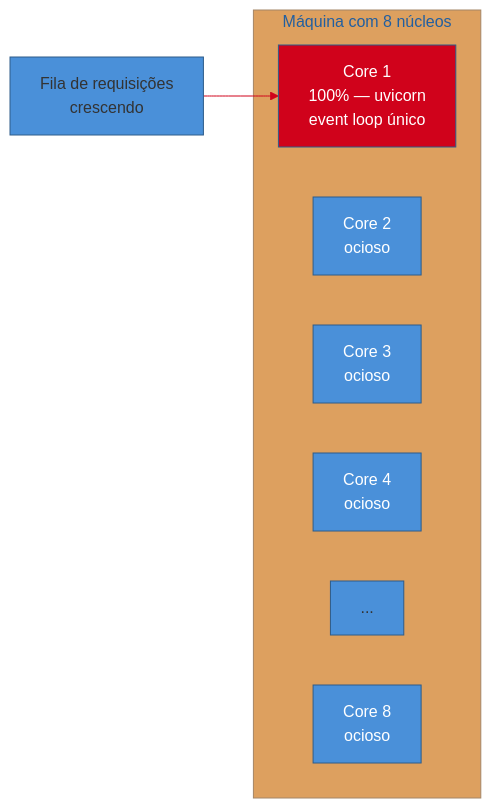
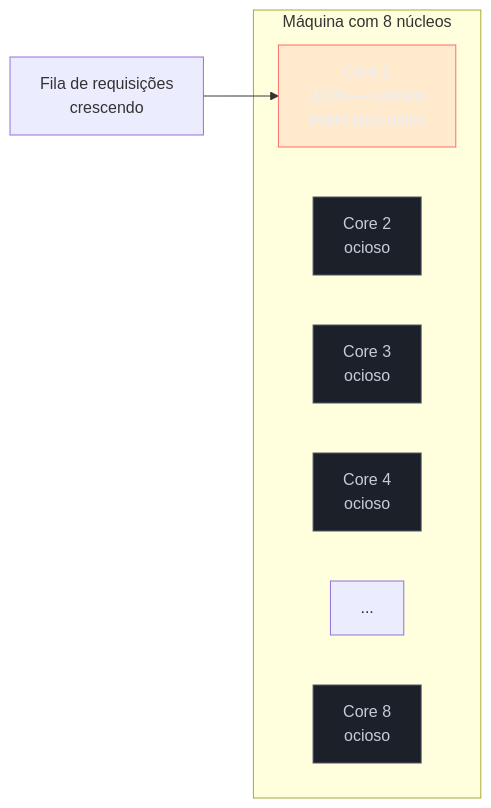
The first of 3 diagrams in 03-Dominios/Tecnologia/Python/Observabilidade e produção/04 - WSGI vs ASGI na prática — gunicorn e uvicorn.md (josenaldo/codex-technomanticus), drawn with Mermaid before and after one commit. The commit also changed other lines of this file and 1181 other files, not shown here.

First line of the commit message:
fix(diagramas): paleta do sistema no lugar de cor cravada no markdown

````diff
--- a/03-Dominios/Tecnologia/Python/Observabilidade e produção/04 - WSGI vs ASGI na prática — gunicorn e uvicorn.md
+++ b/03-Dominios/Tecnologia/Python/Observabilidade e produção/04 - WSGI vs ASGI na prática — gunicorn e uvicorn.md
@@ -40,18 +40,19 @@
 ```mermaid
-%%{init: {"theme": "base", "themeVariables": {"primaryColor": "#4A90D9", "primaryBorderColor": "#2E5C8A", "lineColor": "#D0021B"}}}%%
 graph LR
+    classDef falha fill:#FF6B6B24,stroke:#FF6B6B,color:#E9ECF2
+    classDef neutro fill:#1B2029,stroke:#4E5666,color:#C6CCD8
     subgraph CPU["Máquina com 8 núcleos"]
         C1["Core 1<br/>100% — uvicorn<br/>event loop único"]
         C2["Core 2<br/>ocioso"]
         C3["Core 3<br/>ocioso"]
         C4["Core 4<br/>ocioso"]
         C5["..."]
         C8["Core 8<br/>ocioso"]
     end
     REQ["Fila de requisições<br/>crescendo"] --> C1
-    style C1 fill:#D0021B,color:#fff
-    style C2 fill:#4A90D9,color:#fff
-    style C3 fill:#4A90D9,color:#fff
-    style C4 fill:#4A90D9,color:#fff
-    style C8 fill:#4A90D9,color:#fff
+    class C1 falha
+    class C2 neutro
+    class C3 neutro
+    class C4 neutro
+    class C8 neutro
 ```
````
